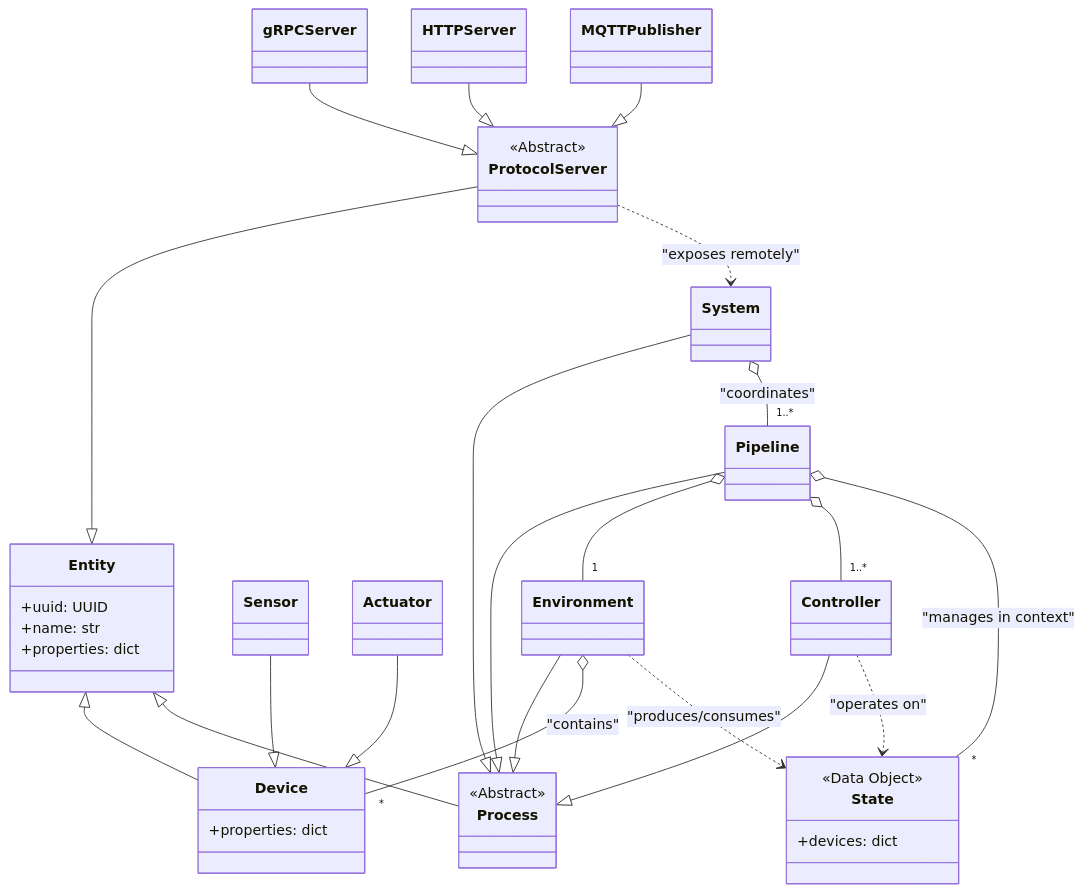
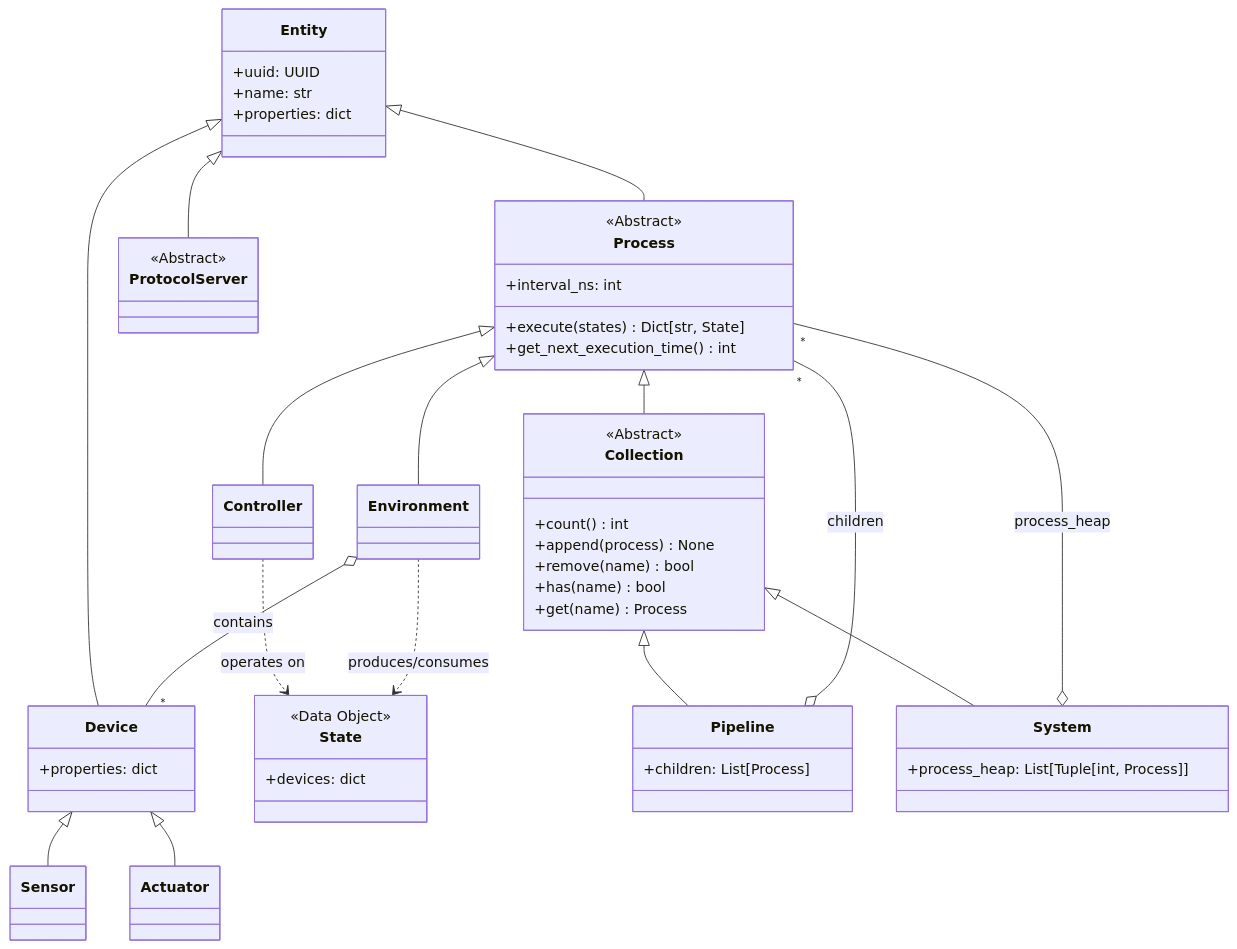
Before and after one commit to johnwbyrd/aifand: the diagram in doc/architecture.md, drawn with Mermaid. The commit also changed other lines of this file and 13 other files, not shown here.

Commit message:
Refactorgeddon! Process completely rethought; now we have a Collection type; and System and Pipeline both inherit from it.

````diff
--- a/doc/architecture.md
+++ b/doc/architecture.md
@@ -220,52 +85,59 @@
 ```mermaid
 classDiagram
     class Entity {
         +uuid: UUID
         +name: str
         +properties: dict
     }
     class Device {
         +properties: dict
     }
     class Sensor
     class Actuator
     class State {
         <<Data Object>>
         +devices: dict
     }
     class Process {
         <<Abstract>>
+        +execute(states) Dict[str, State]
+        +interval_ns: int
+        +get_next_execution_time() int
+    }
+    class Collection {
+        <<Abstract>>
+        +count() int
+        +append(process) None
+        +remove(name) bool
+        +has(name) bool
+        +get(name) Process
     }
     class Controller
     class Environment
-    class Pipeline
-    class System
+    class Pipeline {
+        +children: List[Process]
+    }
+    class System {
+        +process_heap: List[Tuple[int, Process]]
+    }
     class ProtocolServer {
         <<Abstract>>
     }
-    class gRPCServer
-    class HTTPServer
-    class MQTTPublisher
 
     Entity <|-- Device
     Entity <|-- Process
-    Sensor --|> Device
-    Actuator --|> Device
-    Controller --|> Process
-    Environment --|> Process
-    Pipeline --|> Process
-    System --|> Process
-    ProtocolServer --|> Entity
-    gRPCServer --|> ProtocolServer
-    HTTPServer --|> ProtocolServer
-    MQTTPublisher --|> ProtocolServer
+    Device <|-- Sensor
+    Device <|-- Actuator
+    Process <|-- Collection
+    Process <|-- Controller
+    Process <|-- Environment
+    Collection <|-- Pipeline
+    Collection <|-- System
+    Entity <|-- ProtocolServer
 
-    Pipeline o-- "1" Environment
-    Pipeline o-- "1..*" Controller
-    Pipeline o-- "*" State : "manages in context"
-    System o-- "1..*" Pipeline : "coordinates"
-    Environment o-- "*" Device : "contains"
-    Controller ..> State : "operates on"
-    Environment ..> State : "produces/consumes"
-    ProtocolServer ..> System : "exposes remotely"
+    Pipeline o-- "*" Process : children
+    System o-- "*" Process : process_heap
+    Environment o-- "*" Device : contains
+    Controller ..> State : operates on
+    Environment ..> State : produces/consumes
 ```
````
